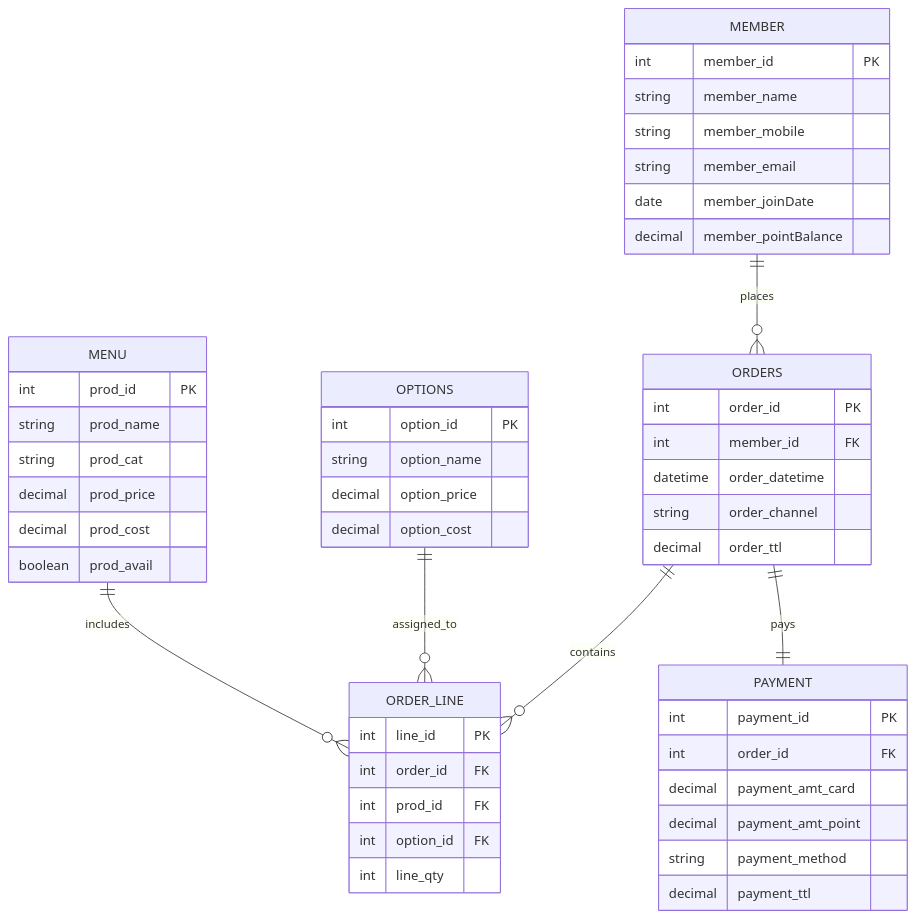
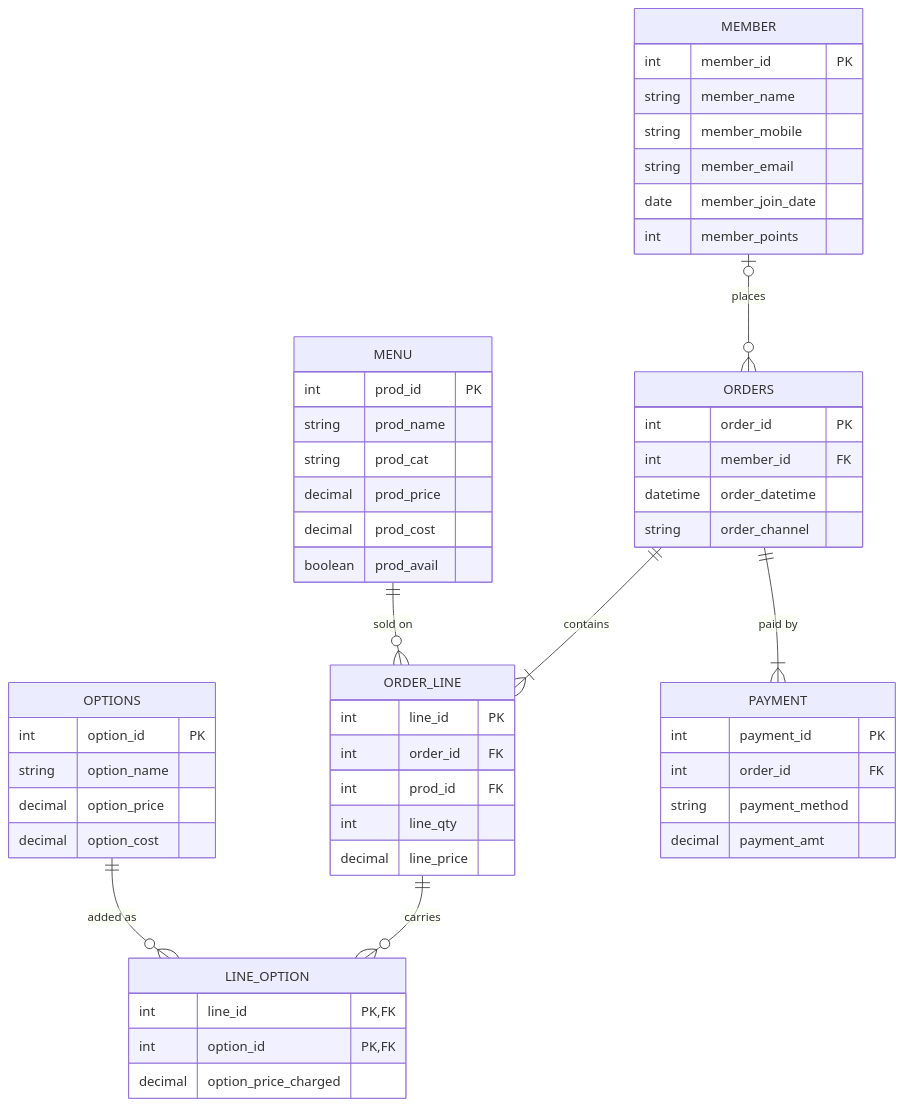
Before and after one commit to pamyai/oim7510: the diagram in projects/db/README.md, drawn with Mermaid.

Commit message:
Expand café order schema
Update the ER diagram to model order lines and their options separately, clarify order and payment relationships, and revise member and payment attributes.

````diff
--- a/projects/db/README.md
+++ b/projects/db/README.md
@@ -9,57 +9,56 @@
 ```mermaid
 erDiagram
-  MEMBER ||--o{ ORDERS : places
+  MEMBER |o--o{ ORDERS : places
+  ORDERS ||--|{ ORDER_LINE : contains
+  MENU ||--o{ ORDER_LINE : "sold on"
+  ORDER_LINE ||--o{ LINE_OPTION : carries
+  OPTIONS ||--o{ LINE_OPTION : "added as"
+  ORDERS ||--|{ PAYMENT : "paid by"
+
   MEMBER {
     int member_id PK
     string member_name
     string member_mobile
     string member_email
-    date member_joinDate
-    decimal member_pointBalance
+    date member_join_date
+    int member_points
   }
-
-  MENU ||--o{ ORDER_LINE : includes
   MENU {
     int prod_id PK
     string prod_name
     string prod_cat
     decimal prod_price
     decimal prod_cost
     boolean prod_avail
   }
-
-  OPTIONS ||--o{ ORDER_LINE : assigned_to
   OPTIONS {
     int option_id PK
     string option_name
     decimal option_price
     decimal option_cost
   }
-
-  ORDERS ||--o{ ORDER_LINE : contains
   ORDERS {
     int order_id PK
     int member_id FK
     datetime order_datetime
     string order_channel
-    decimal order_ttl
   }
-
   ORDER_LINE {
     int line_id PK
     int order_id FK
     int prod_id FK
-    int option_id FK
     int line_qty
+    decimal line_price
   }
-
-  ORDERS ||--|| PAYMENT : pays
+  LINE_OPTION {
+    int line_id PK, FK
+    int option_id PK, FK
+    decimal option_price_charged
+  }
   PAYMENT {
     int payment_id PK
     int order_id FK
-    decimal payment_amt_card
-    decimal payment_amt_point
     string payment_method
-    decimal payment_ttl
+    decimal payment_amt
   }
 ```
````
